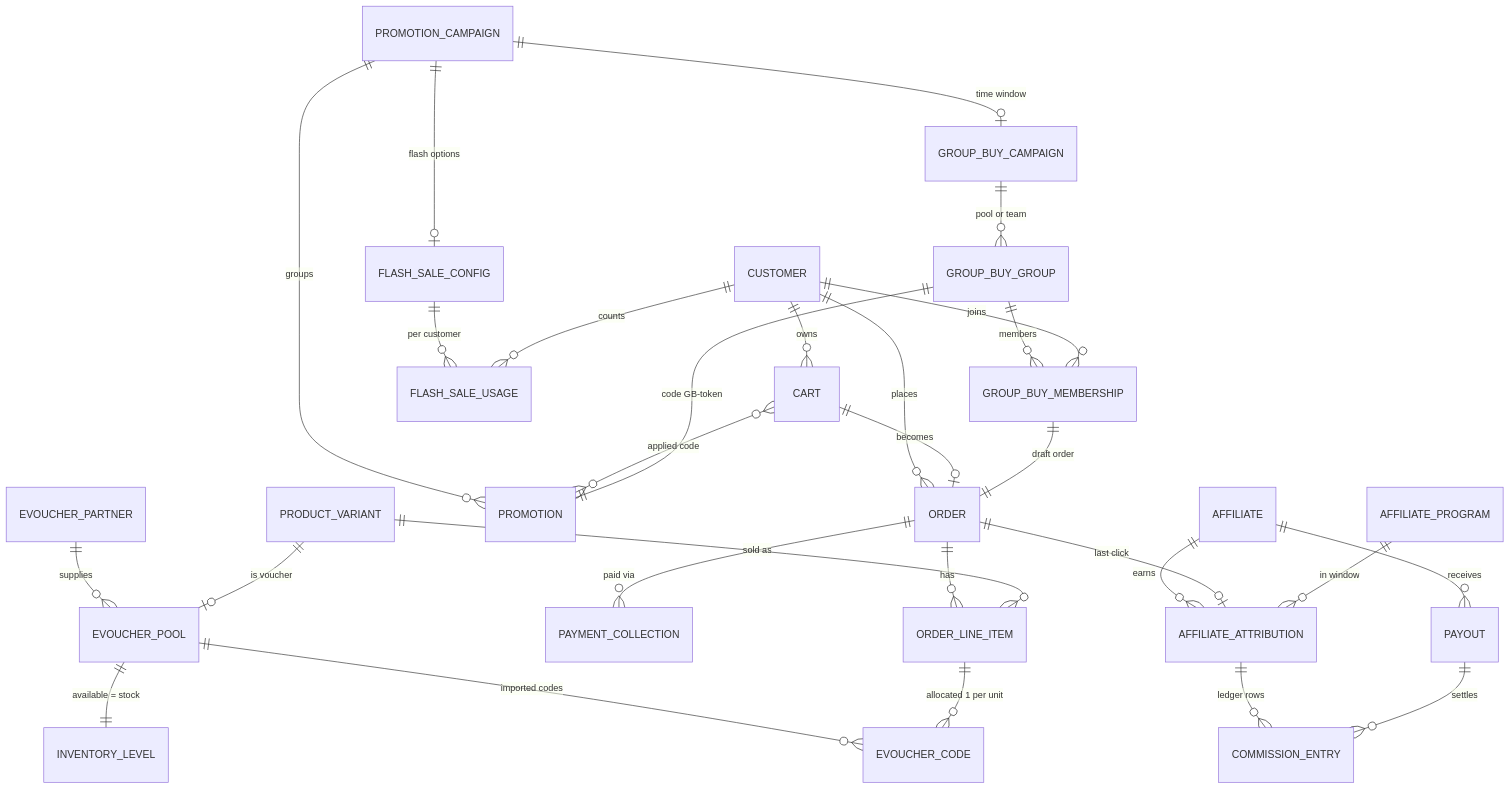
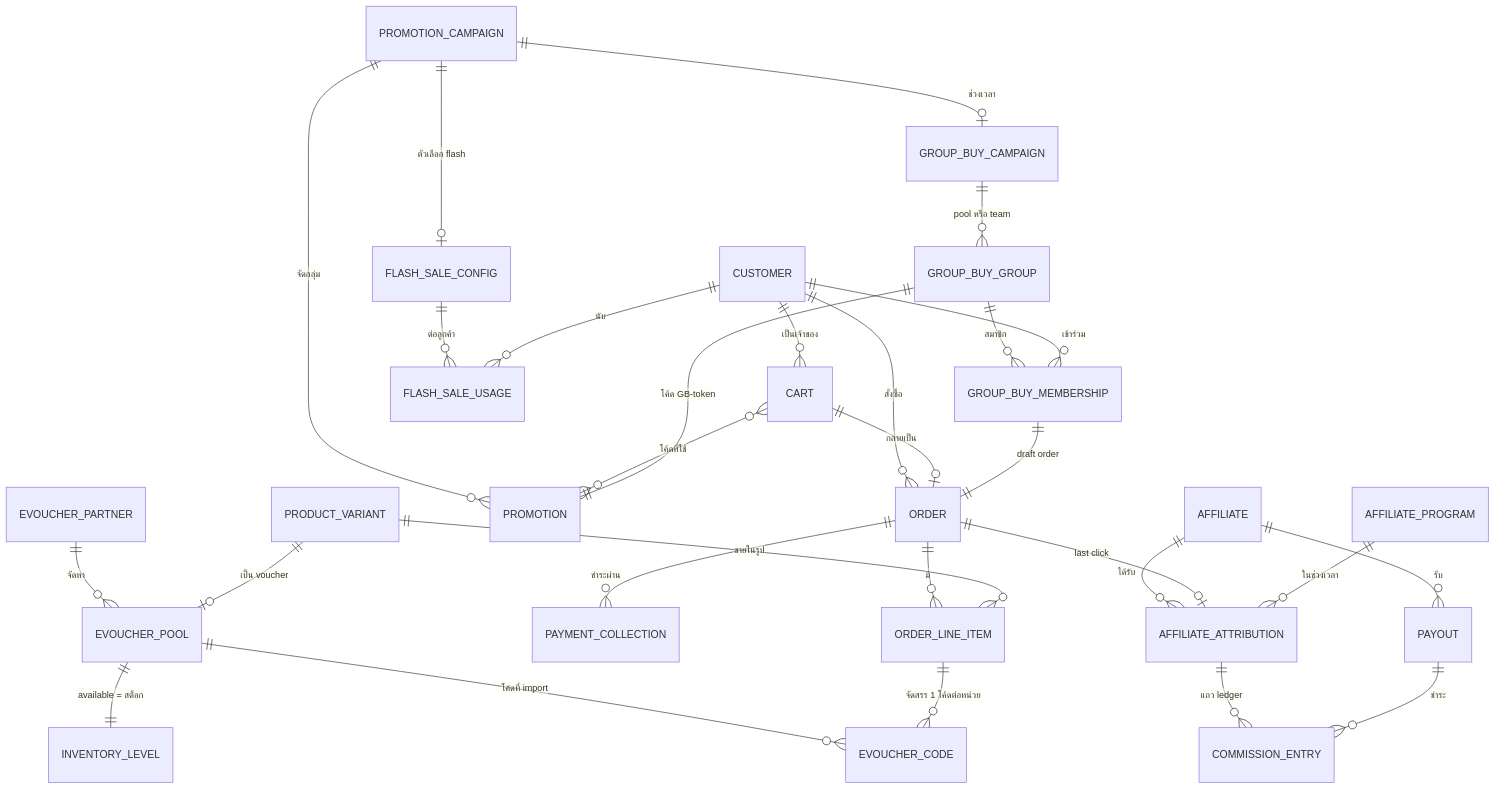
The diagram in docs/design/erd.md (techpowerdev/medusa-ecom), drawn with Mermaid before and after one commit. The commit also changed other lines of this file and 25 other files, not shown here.

````diff
--- a/docs/design/erd.md
+++ b/docs/design/erd.md
@@ -5,35 +5,35 @@
 ```mermaid
 erDiagram
-  CUSTOMER ||--o{ CART : owns
-  CUSTOMER ||--o{ ORDER : places
-  CART ||--o| ORDER : becomes
-  ORDER ||--o{ ORDER_LINE_ITEM : has
-  PRODUCT_VARIANT ||--o{ ORDER_LINE_ITEM : "sold as"
-  PROMOTION_CAMPAIGN ||--o{ PROMOTION : groups
-  CART }o--o{ PROMOTION : "applied code"
-  ORDER ||--o{ PAYMENT_COLLECTION : "paid via"
+  CUSTOMER ||--o{ CART : "เป็นเจ้าของ"
+  CUSTOMER ||--o{ ORDER : "สั่งซื้อ"
+  CART ||--o| ORDER : "กลายเป็น"
+  ORDER ||--o{ ORDER_LINE_ITEM : "มี"
+  PRODUCT_VARIANT ||--o{ ORDER_LINE_ITEM : "ขายในรูป"
+  PROMOTION_CAMPAIGN ||--o{ PROMOTION : "จัดกลุ่ม"
+  CART }o--o{ PROMOTION : "โค้ดที่ใช้"
+  ORDER ||--o{ PAYMENT_COLLECTION : "ชำระผ่าน"
 
-  EVOUCHER_PARTNER ||--o{ EVOUCHER_POOL : supplies
-  PRODUCT_VARIANT ||--o| EVOUCHER_POOL : "is voucher"
-  EVOUCHER_POOL ||--o{ EVOUCHER_CODE : "imported codes"
-  ORDER_LINE_ITEM ||--o{ EVOUCHER_CODE : "allocated 1 per unit"
-  EVOUCHER_POOL ||--|| INVENTORY_LEVEL : "available = stock"
+  EVOUCHER_PARTNER ||--o{ EVOUCHER_POOL : "จัดหา"
+  PRODUCT_VARIANT ||--o| EVOUCHER_POOL : "เป็น voucher"
+  EVOUCHER_POOL ||--o{ EVOUCHER_CODE : "โค้ดที่ import"
+  ORDER_LINE_ITEM ||--o{ EVOUCHER_CODE : "จัดสรร 1 โค้ดต่อหน่วย"
+  EVOUCHER_POOL ||--|| INVENTORY_LEVEL : "available = สต็อก"
 
-  PROMOTION_CAMPAIGN ||--o| FLASH_SALE_CONFIG : "flash options"
-  FLASH_SALE_CONFIG ||--o{ FLASH_SALE_USAGE : "per customer"
-  CUSTOMER ||--o{ FLASH_SALE_USAGE : counts
+  PROMOTION_CAMPAIGN ||--o| FLASH_SALE_CONFIG : "ตัวเลือก flash"
+  FLASH_SALE_CONFIG ||--o{ FLASH_SALE_USAGE : "ต่อลูกค้า"
+  CUSTOMER ||--o{ FLASH_SALE_USAGE : "นับ"
 
-  PROMOTION_CAMPAIGN ||--o| GROUP_BUY_CAMPAIGN : "time window"
-  GROUP_BUY_CAMPAIGN ||--o{ GROUP_BUY_GROUP : "pool or team"
-  GROUP_BUY_GROUP ||--|| PROMOTION : "code GB-token"
-  GROUP_BUY_GROUP ||--o{ GROUP_BUY_MEMBERSHIP : members
-  CUSTOMER ||--o{ GROUP_BUY_MEMBERSHIP : joins
+  PROMOTION_CAMPAIGN ||--o| GROUP_BUY_CAMPAIGN : "ช่วงเวลา"
+  GROUP_BUY_CAMPAIGN ||--o{ GROUP_BUY_GROUP : "pool หรือ team"
+  GROUP_BUY_GROUP ||--|| PROMOTION : "โค้ด GB-token"
+  GROUP_BUY_GROUP ||--o{ GROUP_BUY_MEMBERSHIP : "สมาชิก"
+  CUSTOMER ||--o{ GROUP_BUY_MEMBERSHIP : "เข้าร่วม"
   GROUP_BUY_MEMBERSHIP ||--|| ORDER : "draft order"
 
-  AFFILIATE ||--o{ AFFILIATE_ATTRIBUTION : earns
+  AFFILIATE ||--o{ AFFILIATE_ATTRIBUTION : "ได้รับ"
   ORDER ||--o| AFFILIATE_ATTRIBUTION : "last click"
-  AFFILIATE_PROGRAM ||--o{ AFFILIATE_ATTRIBUTION : "in window"
-  AFFILIATE_ATTRIBUTION ||--o{ COMMISSION_ENTRY : "ledger rows"
-  AFFILIATE ||--o{ PAYOUT : receives
-  PAYOUT ||--o{ COMMISSION_ENTRY : settles
+  AFFILIATE_PROGRAM ||--o{ AFFILIATE_ATTRIBUTION : "ในช่วงเวลา"
+  AFFILIATE_ATTRIBUTION ||--o{ COMMISSION_ENTRY : "แถว ledger"
+  AFFILIATE ||--o{ PAYOUT : "รับ"
+  PAYOUT ||--o{ COMMISSION_ENTRY : "ชำระ"
 ```
````
